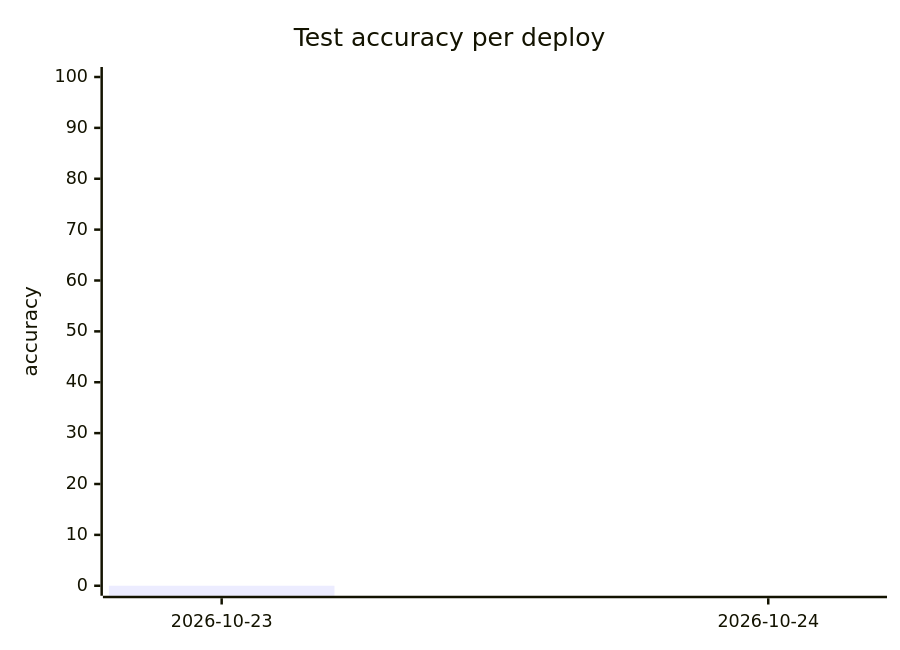
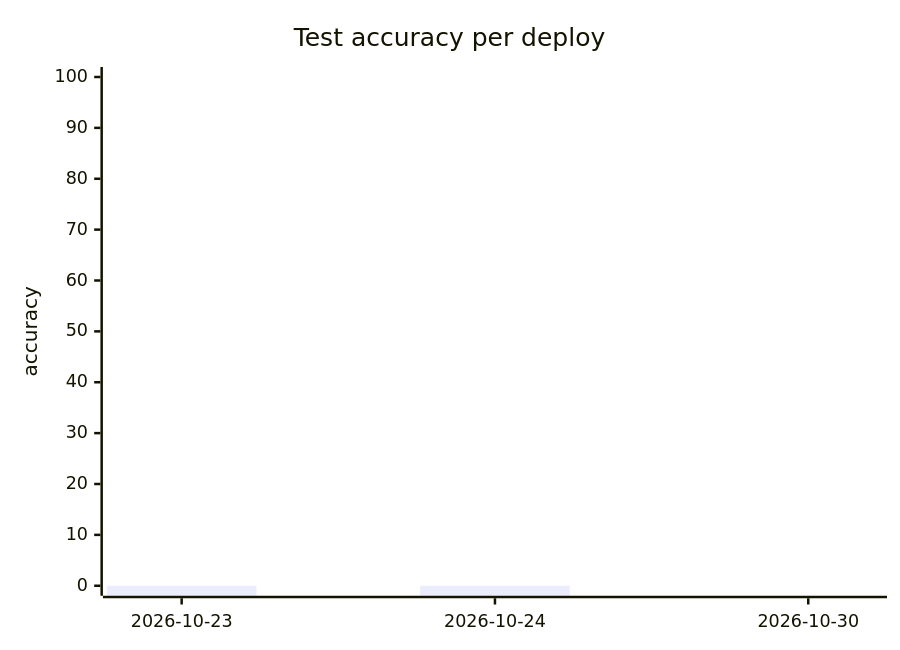
The second of 2 diagrams in training/README.md (vtop-xceed/auto-captcha), drawn with Mermaid before and after one commit. The commit also changed other lines of this file, not shown here.

Commit message:
chart: 2026-10-30 images=3932 acc=%

````diff
--- a/training/README.md
+++ b/training/README.md
@@ -40,7 +41,7 @@
 ```mermaid
 xychart-beta
     title "Test accuracy per deploy"
-    x-axis [2026-10-23, 2026-10-24]
+    x-axis [2026-10-23, 2026-10-24, 2026-10-30]
     y-axis "accuracy" 0 --> 100
-    bar [0]
+    bar [0, 0]
 ```
````
